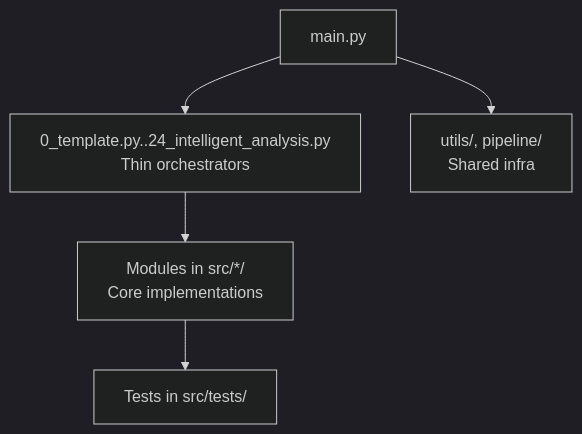
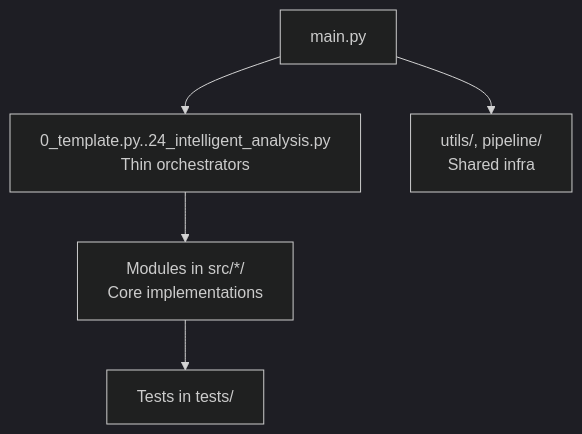
One commit to ActiveInferenceInstitute/GeneralizedNotationNotation changed the third of 7 diagrams in DOCS.md. Above: the diagram before and after it, drawn with Mermaid (dark theme). The commit also changed other lines of this file and 4976 other files, not shown here.

````diff
--- a/DOCS.md
+++ b/DOCS.md
@@ -86,7 +86,7 @@
 ```mermaid
 graph TB
   A[main.py] --> B[0_template.py..24_intelligent_analysis.py\nThin orchestrators]
   B --> C[Modules in src/*/\nCore implementations]
-  C --> D[Tests in src/tests/]
+  C --> D[Tests in tests/]
   A --> E[utils/, pipeline/\nShared infra]
 ```
````
